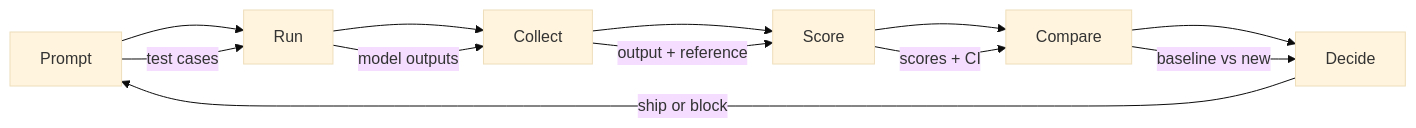
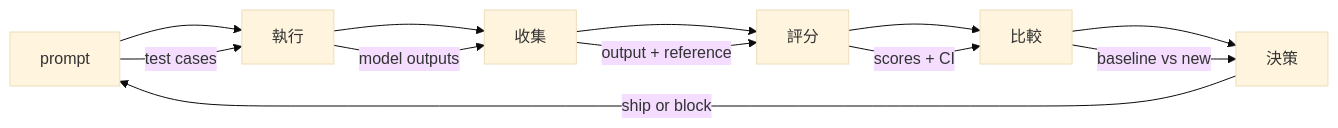
Before and after one commit to edward821220/ai-engineering-from-scratch: the second of 2 diagrams in i18n/zh-TW/phases/11-llm-engineering/10-evaluation/docs/zh-TW.md, drawn with Mermaid (base theme). The commit also changed other lines of this file and 123 other files, not shown here.

````diff
--- a/i18n/zh-TW/phases/11-llm-engineering/10-evaluation/docs/zh-TW.md
+++ b/i18n/zh-TW/phases/11-llm-engineering/10-evaluation/docs/zh-TW.md
@@ -114,15 +114,15 @@
 ```mermaid
 flowchart LR
-    P[Prompt] --> R[Run]
-    R --> C[Collect]
-    C --> S[Score]
-    S --> CM[Compare]
-    CM --> D[Decide]
+    P[prompt] --> R[執行]
+    R --> C[收集]
+    C --> S[評分]
+    S --> CM[比較]
+    CM --> D[決策]
 
     P -->|test cases| R
     R -->|model outputs| C
     C -->|output + reference| S
     S -->|scores + CI| CM
     CM -->|baseline vs new| D
     D -->|ship or block| P
 ```
````
